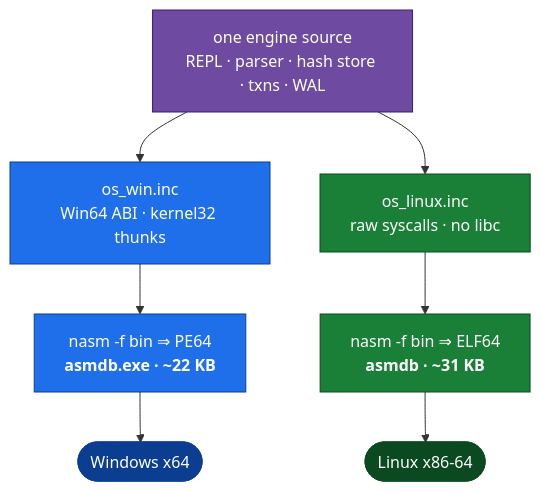
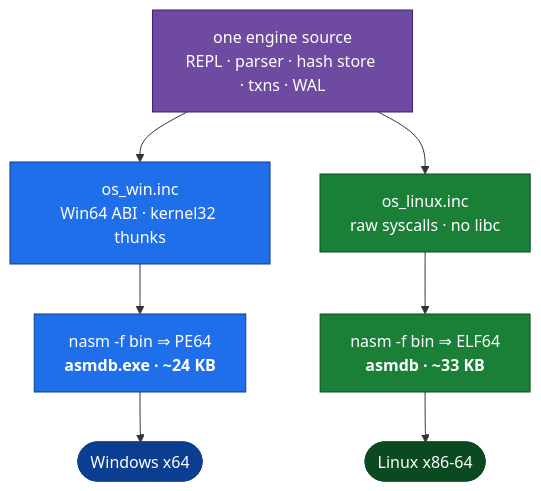
The first of 2 diagrams in README.md (fredgis/asmDB), drawn with Mermaid before and after one commit. The commit also changed other lines of this file and 13 other files, not shown here.

````diff
--- a/README.md
+++ b/README.md
@@ -133,19 +133,19 @@
 ```mermaid
 flowchart TD
     SRC["one engine source<br/>REPL · parser · hash store · txns · WAL"]:::core
 
     SRC --> WIN["os_win.inc<br/>Win64 ABI · kernel32 thunks"]:::win
     SRC --> LIN["os_linux.inc<br/>raw syscalls · no libc"]:::lin
 
-    WIN --> PE["nasm -f bin ⇒ PE64<br/><b>asmdb.exe · ~22 KB</b>"]:::win
-    LIN --> ELF["nasm -f bin ⇒ ELF64<br/><b>asmdb · ~31 KB</b>"]:::lin
+    WIN --> PE["nasm -f bin ⇒ PE64<br/><b>asmdb.exe · ~24 KB</b>"]:::win
+    LIN --> ELF["nasm -f bin ⇒ ELF64<br/><b>asmdb · ~33 KB</b>"]:::lin
 
     PE --> WOS(["Windows x64"]):::winb
     ELF --> LOS(["Linux x86-64"]):::linb
 
     classDef core fill:#6e4aa0,stroke:#3b1e75,color:#fff
     classDef win  fill:#1f6feb,stroke:#0b3d91,color:#fff
     classDef lin  fill:#1a7f37,stroke:#0b4a20,color:#fff
     classDef winb fill:#0b3d91,stroke:#0b3d91,color:#fff
     classDef linb fill:#0b4a20,stroke:#0b4a20,color:#fff
 ```
````
